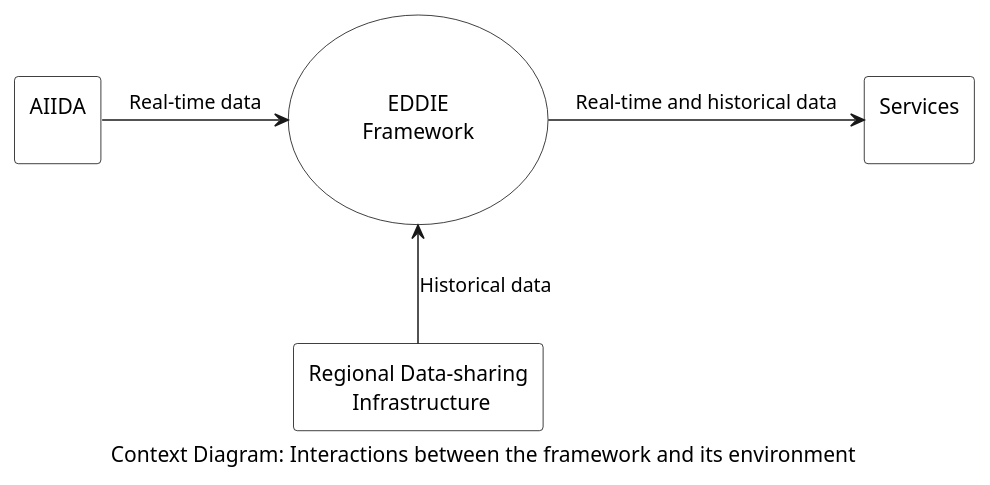
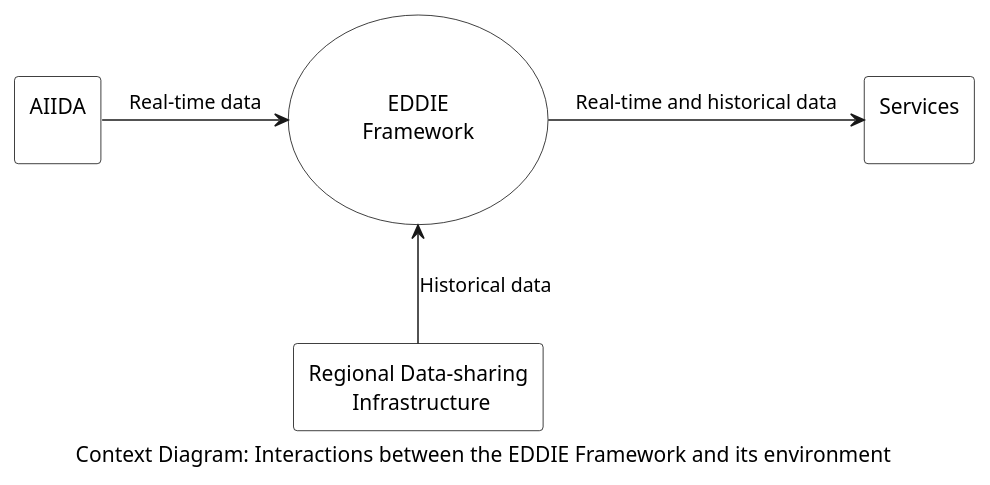
Before and after one commit to eddie-energy/architecture: the diagram in arc42/03-context-and-scope/figures/context-diagram.puml, drawn with PlantUML. The commit also changed 58 other files, not shown here.

Commit message:
minor updates, typos, figure naming etc

```diff
--- a/arc42/03-context-and-scope/figures/context-diagram.puml
+++ b/arc42/03-context-and-scope/figures/context-diagram.puml
@@ -1,28 +1,28 @@
 @startuml context-diagram
 'context diagram
-caption Context Diagram: Interactions between the framework and its environment
+caption Context Diagram: Interactions between the EDDIE Framework and its environment
 
 ' skinparam linetype ortho
 skinparam usecase {
   BorderColor black
   BackgroundColor transparent
 }
 skinparam rectangle {
   BorderColor black
   BackgroundColor transparent
 }
 
 usecase "\n\nEDDIE\nFramework\n\n" as eddie 
 ' #ffbd38
 rectangle "Regional Data-sharing\n\tInfrastructure" as energy
 ' #52cbff
 rectangle "AIIDA\n" as aiida
 ' #7aff83
 rectangle "Services\n" as services
 ' #ff52ab
 
 aiida -right-> eddie :Real-time data
 energy -up-> eddie :Historical data
 eddie -right-> services :Real-time and historical data
 
 @enduml
```
